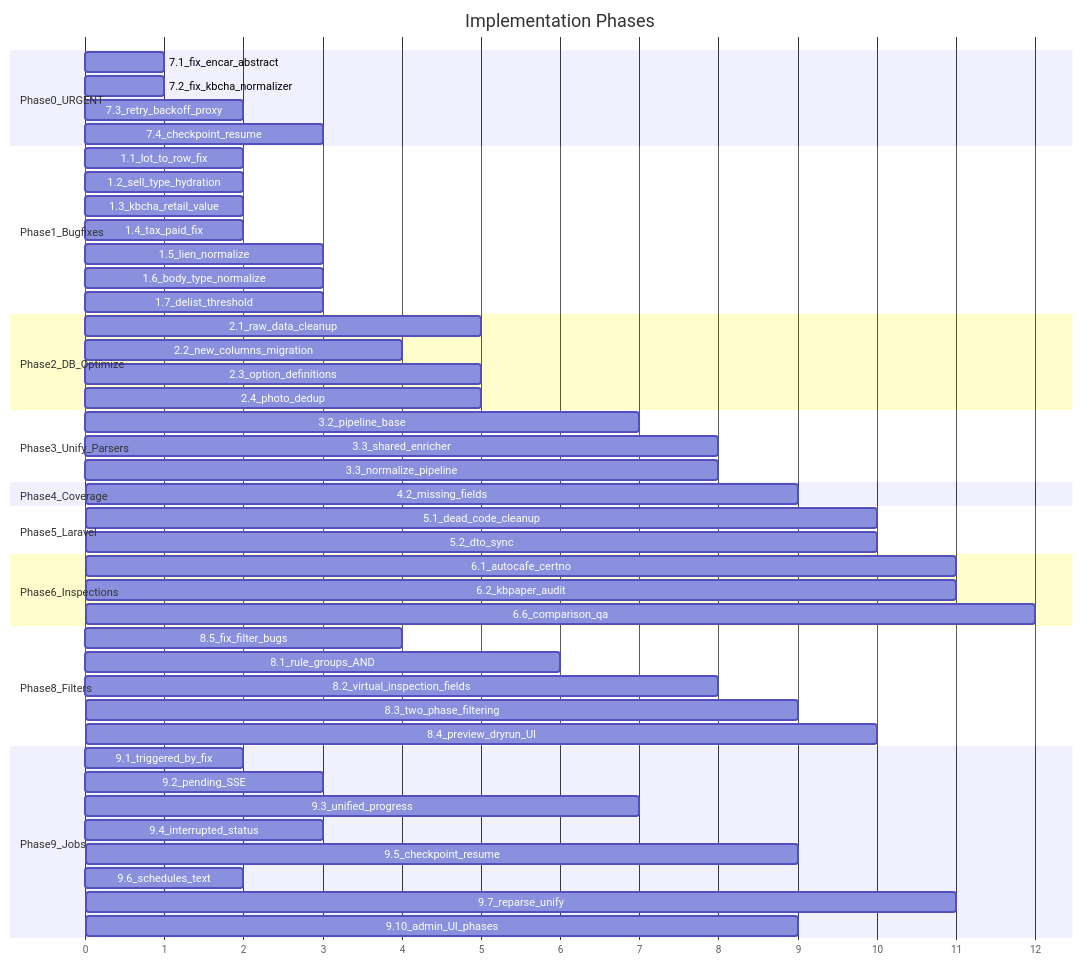
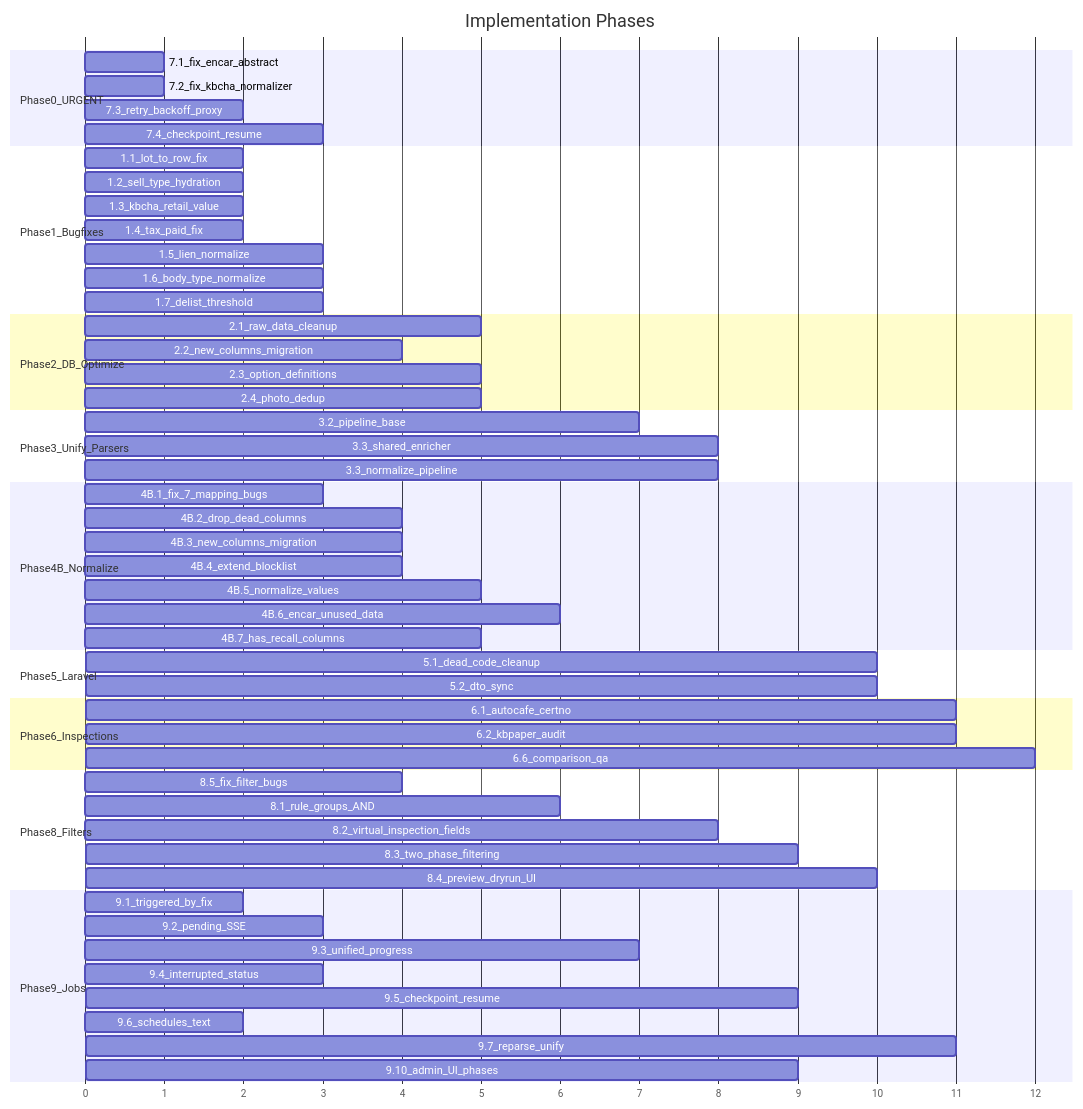
The seventh of 7 diagrams in PLAN_V3.md (ArtyomKoshel/carbotacrchi), drawn with Mermaid before and after one commit. The commit also changed other lines of this file and 8 other files, not shown here.

````diff
--- a/PLAN_V3.md
+++ b/PLAN_V3.md
@@ -666,52 +821,58 @@
 ```mermaid
 gantt
     title Implementation Phases
     dateFormat X
     axisFormat %s
     section Phase0_URGENT
     7.1_fix_encar_abstract      :0, 1
     7.2_fix_kbcha_normalizer    :0, 1
     7.3_retry_backoff_proxy     :1, 2
     7.4_checkpoint_resume       :2, 3
     section Phase1_Bugfixes
     1.1_lot_to_row_fix          :1, 2
     1.2_sell_type_hydration     :1, 2
     1.3_kbcha_retail_value      :1, 2
     1.4_tax_paid_fix            :1, 2
     1.5_lien_normalize          :2, 3
     1.6_body_type_normalize     :2, 3
     1.7_delist_threshold        :2, 3
     section Phase2_DB_Optimize
     2.1_raw_data_cleanup        :3, 5
     2.2_new_columns_migration   :3, 4
     2.3_option_definitions      :4, 5
     2.4_photo_dedup             :4, 5
     section Phase3_Unify_Parsers
     3.2_pipeline_base           :5, 7
     3.3_shared_enricher         :6, 8
     3.3_normalize_pipeline      :6, 8
-    section Phase4_Coverage
-    4.2_missing_fields          :8, 9
+    section Phase4B_Normalize
+    4B.1_fix_7_mapping_bugs     :1, 3
+    4B.2_drop_dead_columns      :3, 4
+    4B.3_new_columns_migration  :3, 4
+    4B.4_extend_blocklist       :3, 4
+    4B.5_normalize_values       :4, 5
+    4B.6_encar_unused_data      :5, 6
+    4B.7_has_recall_columns     :4, 5
     section Phase5_Laravel
     5.1_dead_code_cleanup       :9, 10
     5.2_dto_sync                :9, 10
     section Phase6_Inspections
     6.1_autocafe_certno         :10, 11
     6.2_kbpaper_audit           :10, 11
     6.6_comparison_qa           :11, 12
     section Phase8_Filters
     8.5_fix_filter_bugs         :3, 4
     8.1_rule_groups_AND         :4, 6
     8.2_virtual_inspection_fields:6, 8
     8.3_two_phase_filtering     :8, 9
     8.4_preview_dryrun_UI       :9, 10
     section Phase9_Jobs
     9.1_triggered_by_fix        :1, 2
     9.2_pending_SSE             :2, 3
     9.3_unified_progress        :5, 7
     9.4_interrupted_status      :2, 3
     9.5_checkpoint_resume       :7, 9
     9.6_schedules_text          :1, 2
     9.7_reparse_unify           :9, 11
     9.10_admin_UI_phases        :7, 9
 ```
````
